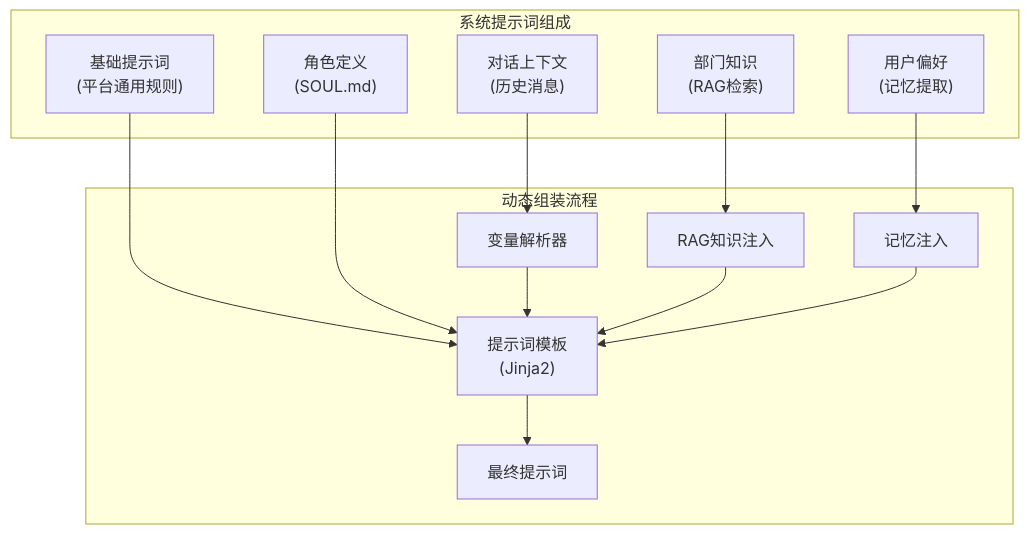
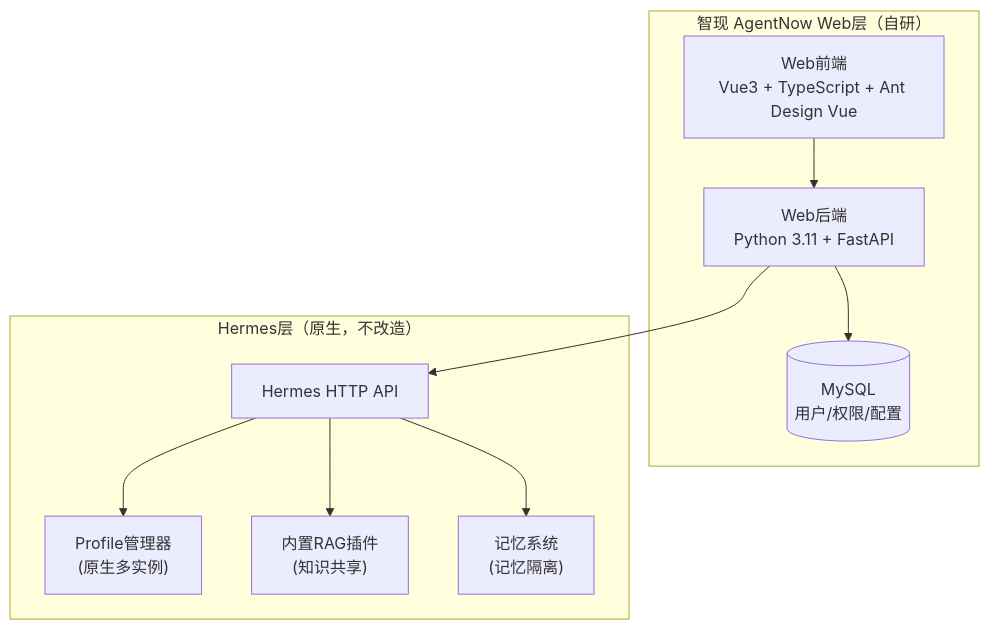
Before and after one commit to AllInAI2024/AgentNow: the diagram in md/SPEC.md, drawn with Mermaid. The commit also changed other lines of this file, not shown here.

````diff
--- a/md/SPEC.md
+++ b/md/SPEC.md
@@ -1408,29 +62,22 @@
 ```mermaid
 graph TB
-    subgraph 提示词组成["系统提示词组成"]
-        BasePrompt["基础提示词<br/>(平台通用规则)"]
-        SoulPrompt["角色定义<br/>(SOUL.md)"]
-        DeptPrompt["部门知识<br/>(RAG检索)"]
-        UserPrompt["用户偏好<br/>(记忆提取)"]
-        ContextPrompt["对话上下文<br/>(历史消息)"]
+    subgraph Web层["智现 AgentNow Web层（自研）"]
+        Frontend["Web前端<br/>Vue3 + TypeScript + Ant Design Vue"]
+        Backend["Web后端<br/>Python 3.11 + FastAPI"]
+        MySQL[(MySQL<br/>用户/权限/配置)]
     end
 
-    subgraph 组装流程["动态组装流程"]
-        Template["提示词模板<br/>(Jinja2)"]
-        VariableResolver["变量解析器"]
-        RAGInjector["RAG知识注入"]
-        MemoryInjector["记忆注入"]
-        FinalPrompt["最终提示词"]
+    subgraph Hermes层["Hermes层（原生，不改造）"]
+        HermesAPI["Hermes HTTP API"]
+        ProfileManager["Profile管理器<br/>(原生多实例)"]
+        BuiltinRAG["内置RAG插件<br/>(知识共享)"]
+        MemorySystem["记忆系统<br/>(记忆隔离)"]
     end
 
-    BasePrompt --> Template
-    SoulPrompt --> Template
-    DeptPrompt --> RAGInjector
-    UserPrompt --> MemoryInjector
-    ContextPrompt --> VariableResolver
-    
-    VariableResolver --> Template
-    RAGInjector --> Template
-    MemoryInjector --> Template
-    Template --> FinalPrompt
+    Frontend --> Backend
+    Backend --> MySQL
+    Backend --> HermesAPI
+    HermesAPI --> ProfileManager
+    HermesAPI --> BuiltinRAG
+    HermesAPI --> MemorySystem
 ```
````
